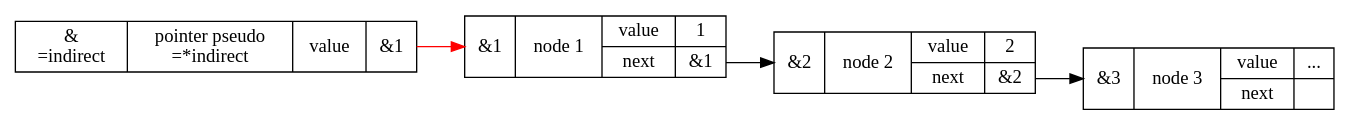
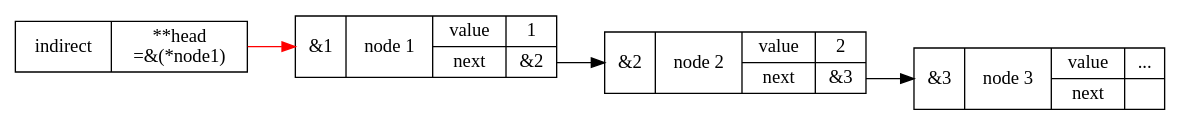
Before and after one commit to MingRuey/Guts_2020Fall: the second of 5 diagrams in Week1/2020q3.md, drawn with Graphviz. The commit also changed other lines of this file, not shown here.

Commit message:
Correct the interpretation of  **indirect

````diff
--- a/Week1/2020q3.md
+++ b/Week1/2020q3.md
@@ -31,13 +31,13 @@
 ```graphviz
 digraph indirect{
     rankdir=LR;
     node [shape=record];
-    1 [label="{<address>&1|node 1|{value|next}|{1|<ref>&1}}"];
-    2 [label="{<address>&2|node 2|{value|next}|{2|<ref>&2}}"];
+    1 [label="{<address>&1|node 1|{value|next}|{1|<ref>&2}}"];
+    2 [label="{<address>&2|node 2|{value|next}|{2|<ref>&3}}"];
     3 [label="{<address>&3|node 3|{value|next}|{...|<ref>}}"];
     1:ref -> 2:address [color=black];
     2:ref -> 3:address [color=black];
-    p [label="{&\n=indirect|pointer pseudo\n=*indirect|{value}|<to>&1}"];
-    p:to -> 1:address [color=red];
+    indirect [label="{indirect|**head\n=&(*node1)}"]
+    indirect -> 1:address [color=red];
 }
 ```
````
